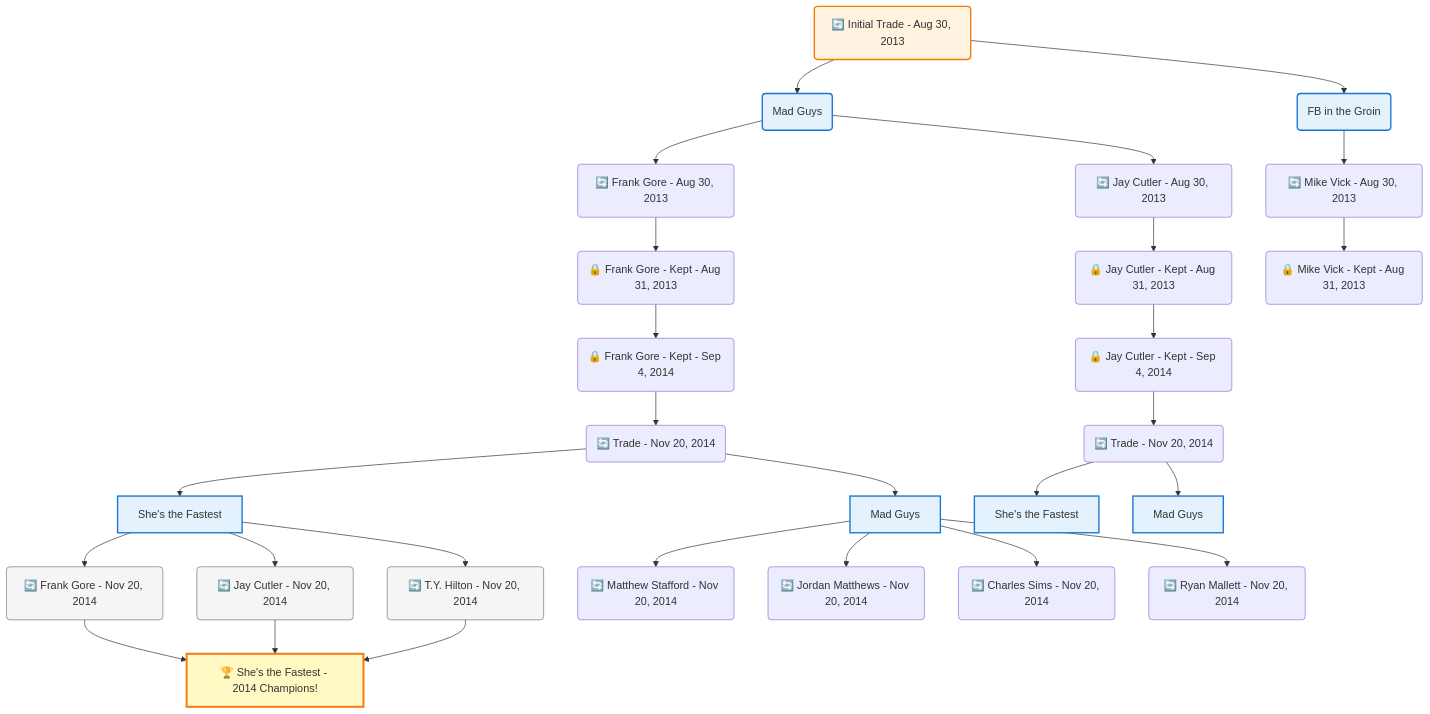
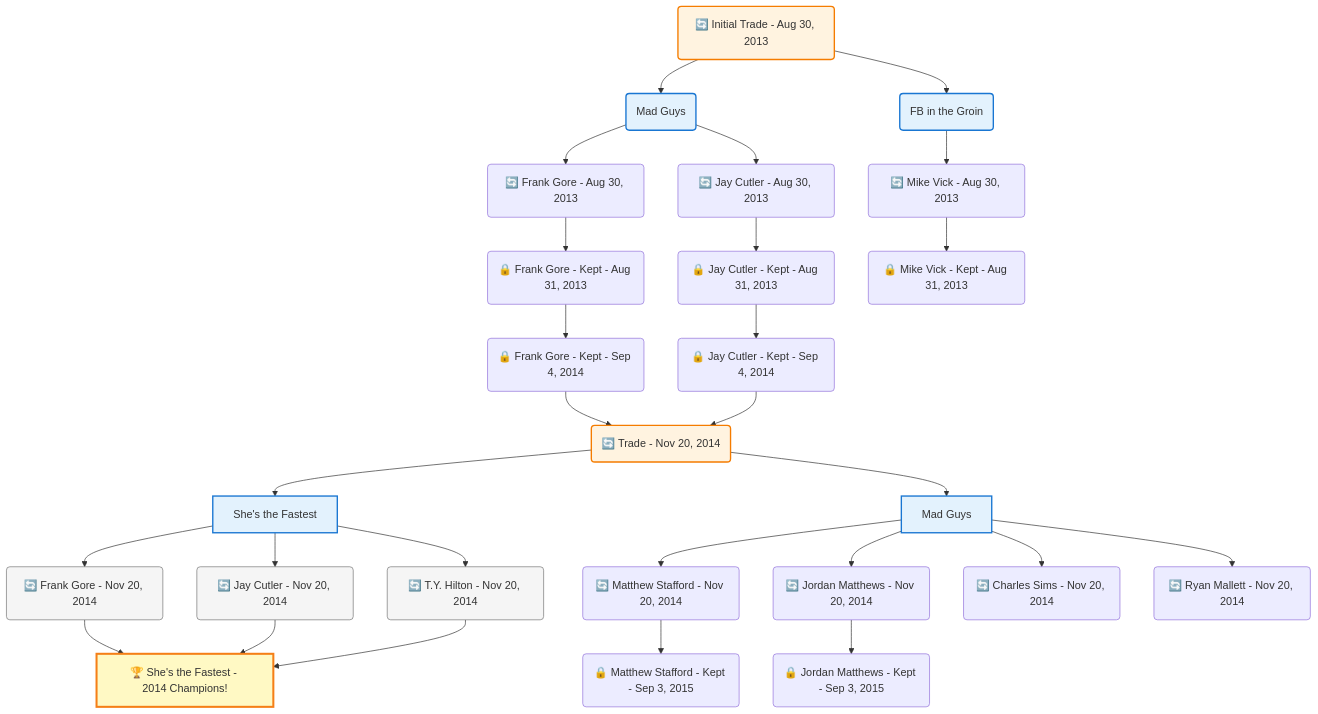
The diagram in frontend/public/data/trade-trees/mermaid/314c39fe-fe99-409a-a972-5027f796727d.mmd (bsnooks/FantasyArchive), drawn with Mermaid before and after one commit. The commit also changed 181 other files, not shown here.

```diff
--- a/frontend/public/data/trade-trees/mermaid/314c39fe-fe99-409a-a972-5027f796727d.mmd
+++ b/frontend/public/data/trade-trees/mermaid/314c39fe-fe99-409a-a972-5027f796727d.mmd
@@ -1,68 +1,67 @@
 flowchart TD
 
     TRADE_MAIN("🔄 Initial Trade - Aug 30, 2013")
     TEAM_1("Mad Guys")
     TEAM_2("FB in the Groin")
     NODE_12eec351-6fb3-455b-b573-3b06df97b0bf("🔄 Frank Gore - Aug 30, 2013")
     NODE_1dbfae61-76ca-481b-b58e-1b4fb4990ebd("🔒 Frank Gore - Kept - Aug 31, 2013")
     NODE_7e278f41-6b72-4ac0-8d15-e4741a5cf770("🔒 Frank Gore - Kept - Sep 4, 2014")
     TRADE_334fd2fc-3d88-4aa9-bd98-483f1a121a54_3("🔄 Trade - Nov 20, 2014")
     TEAM_4449259f-64af-44fd-9235-1facc0926234_4["She's the Fastest"]
     NODE_eab7f6ea-bcc2-4538-9d5e-a8479a76eacc("🔄 Frank Gore - Nov 20, 2014")
     CHAMP_4449259f-64af-44fd-9235-1facc0926234_2014["🏆 She's the Fastest - 2014 Champions!"]
     NODE_895daed7-a1a7-442a-bd0e-a77576099400("🔄 Jay Cutler - Nov 20, 2014")
     NODE_b249b045-4e64-4783-b84d-a9c8a0eb5b47("🔄 T.Y. Hilton - Nov 20, 2014")
     TEAM_f5908944-6efd-40eb-af54-6c53004e0e2f_5["Mad Guys"]
     NODE_2f1c54b7-79b1-42ba-86be-368f9df9f8b8("🔄 Matthew Stafford - Nov 20, 2014")
+    NODE_e11af067-6a7b-4c47-85b7-e5a2c3d23008("🔒 Matthew Stafford - Kept - Sep 3, 2015")
     NODE_2215c458-b5ef-4a39-ac64-9cdaf1009882("🔄 Jordan Matthews - Nov 20, 2014")
+    NODE_80e8bbc0-18c8-4a2e-81a4-ce6146f50db7("🔒 Jordan Matthews - Kept - Sep 3, 2015")
     NODE_10a1599e-35fd-4ee2-ba67-ebaedc077a9c("🔄 Charles Sims - Nov 20, 2014")
     NODE_9762ce52-b8af-4f54-b51b-f4694eaf83ba("🔄 Ryan Mallett - Nov 20, 2014")
     NODE_aaf97f06-4848-4686-a893-b4b44ccff081("🔄 Mike Vick - Aug 30, 2013")
     NODE_bfa1714b-26e9-4e94-9f8a-a9f3a167ab14("🔒 Mike Vick - Kept - Aug 31, 2013")
     NODE_56f679c0-3705-494f-8e28-d59e8ea5db61("🔄 Jay Cutler - Aug 30, 2013")
     NODE_aee15b0e-74b3-416f-ad89-1ccb76924fc1("🔒 Jay Cutler - Kept - Aug 31, 2013")
     NODE_f6e34171-ca35-4ee6-be01-77d513724474("🔒 Jay Cutler - Kept - Sep 4, 2014")
-    TRADE_334fd2fc-3d88-4aa9-bd98-483f1a121a54_6("🔄 Trade - Nov 20, 2014")
-    TEAM_4449259f-64af-44fd-9235-1facc0926234_7["She's the Fastest"]
-    TEAM_f5908944-6efd-40eb-af54-6c53004e0e2f_8["Mad Guys"]
 
     TRADE_MAIN --> TEAM_1
     TRADE_MAIN --> TEAM_2
     TEAM_1 --> NODE_12eec351-6fb3-455b-b573-3b06df97b0bf
     NODE_12eec351-6fb3-455b-b573-3b06df97b0bf --> NODE_1dbfae61-76ca-481b-b58e-1b4fb4990ebd
     NODE_1dbfae61-76ca-481b-b58e-1b4fb4990ebd --> NODE_7e278f41-6b72-4ac0-8d15-e4741a5cf770
     NODE_7e278f41-6b72-4ac0-8d15-e4741a5cf770 --> TRADE_334fd2fc-3d88-4aa9-bd98-483f1a121a54_3
     TRADE_334fd2fc-3d88-4aa9-bd98-483f1a121a54_3 --> TEAM_4449259f-64af-44fd-9235-1facc0926234_4
     TEAM_4449259f-64af-44fd-9235-1facc0926234_4 --> NODE_eab7f6ea-bcc2-4538-9d5e-a8479a76eacc
     NODE_eab7f6ea-bcc2-4538-9d5e-a8479a76eacc --> CHAMP_4449259f-64af-44fd-9235-1facc0926234_2014
     TEAM_4449259f-64af-44fd-9235-1facc0926234_4 --> NODE_895daed7-a1a7-442a-bd0e-a77576099400
     NODE_895daed7-a1a7-442a-bd0e-a77576099400 --> CHAMP_4449259f-64af-44fd-9235-1facc0926234_2014
     TEAM_4449259f-64af-44fd-9235-1facc0926234_4 --> NODE_b249b045-4e64-4783-b84d-a9c8a0eb5b47
     NODE_b249b045-4e64-4783-b84d-a9c8a0eb5b47 --> CHAMP_4449259f-64af-44fd-9235-1facc0926234_2014
     TRADE_334fd2fc-3d88-4aa9-bd98-483f1a121a54_3 --> TEAM_f5908944-6efd-40eb-af54-6c53004e0e2f_5
     TEAM_f5908944-6efd-40eb-af54-6c53004e0e2f_5 --> NODE_2f1c54b7-79b1-42ba-86be-368f9df9f8b8
+    NODE_2f1c54b7-79b1-42ba-86be-368f9df9f8b8 --> NODE_e11af067-6a7b-4c47-85b7-e5a2c3d23008
     TEAM_f5908944-6efd-40eb-af54-6c53004e0e2f_5 --> NODE_2215c458-b5ef-4a39-ac64-9cdaf1009882
+    NODE_2215c458-b5ef-4a39-ac64-9cdaf1009882 --> NODE_80e8bbc0-18c8-4a2e-81a4-ce6146f50db7
     TEAM_f5908944-6efd-40eb-af54-6c53004e0e2f_5 --> NODE_10a1599e-35fd-4ee2-ba67-ebaedc077a9c
     TEAM_f5908944-6efd-40eb-af54-6c53004e0e2f_5 --> NODE_9762ce52-b8af-4f54-b51b-f4694eaf83ba
     TEAM_2 --> NODE_aaf97f06-4848-4686-a893-b4b44ccff081
     NODE_aaf97f06-4848-4686-a893-b4b44ccff081 --> NODE_bfa1714b-26e9-4e94-9f8a-a9f3a167ab14
     TEAM_1 --> NODE_56f679c0-3705-494f-8e28-d59e8ea5db61
     NODE_56f679c0-3705-494f-8e28-d59e8ea5db61 --> NODE_aee15b0e-74b3-416f-ad89-1ccb76924fc1
     NODE_aee15b0e-74b3-416f-ad89-1ccb76924fc1 --> NODE_f6e34171-ca35-4ee6-be01-77d513724474
-    NODE_f6e34171-ca35-4ee6-be01-77d513724474 --> TRADE_334fd2fc-3d88-4aa9-bd98-483f1a121a54_6
-    TRADE_334fd2fc-3d88-4aa9-bd98-483f1a121a54_6 --> TEAM_4449259f-64af-44fd-9235-1facc0926234_7
-    TRADE_334fd2fc-3d88-4aa9-bd98-483f1a121a54_6 --> TEAM_f5908944-6efd-40eb-af54-6c53004e0e2f_8
+    NODE_f6e34171-ca35-4ee6-be01-77d513724474 --> TRADE_334fd2fc-3d88-4aa9-bd98-483f1a121a54_3
 
     %% Node styling
     classDef teamNode fill:#e3f2fd,stroke:#1976d2,stroke-width:2px
     classDef tradeNode fill:#fff3e0,stroke:#f57c00,stroke-width:2px
     classDef playerNode fill:#f3e5f5,stroke:#7b1fa2,stroke-width:1px
     classDef nonRootPlayerNode fill:#f5f5f5,stroke:#757575,stroke-width:1px
     classDef endNode fill:#ffebee,stroke:#c62828,stroke-width:2px
     classDef waiverNode fill:#e8f5e8,stroke:#388e3c,stroke-width:2px
     classDef championshipNode fill:#fff9c4,stroke:#f57f17,stroke-width:3px
 
-    class TEAM_1,TEAM_2,TEAM_4449259f-64af-44fd-9235-1facc0926234_4,TEAM_f5908944-6efd-40eb-af54-6c53004e0e2f_5,TEAM_4449259f-64af-44fd-9235-1facc0926234_7,TEAM_f5908944-6efd-40eb-af54-6c53004e0e2f_8 teamNode
+    class TEAM_1,TEAM_2,TEAM_4449259f-64af-44fd-9235-1facc0926234_4,TEAM_f5908944-6efd-40eb-af54-6c53004e0e2f_5 teamNode
     class CHAMP_4449259f-64af-44fd-9235-1facc0926234_2014 championshipNode
     class NODE_eab7f6ea-bcc2-4538-9d5e-a8479a76eacc,NODE_895daed7-a1a7-442a-bd0e-a77576099400,NODE_b249b045-4e64-4783-b84d-a9c8a0eb5b47 nonRootPlayerNode
-    class TRADE_MAIN tradeNode
+    class TRADE_MAIN,TRADE_334fd2fc-3d88-4aa9-bd98-483f1a121a54_3 tradeNode
```
